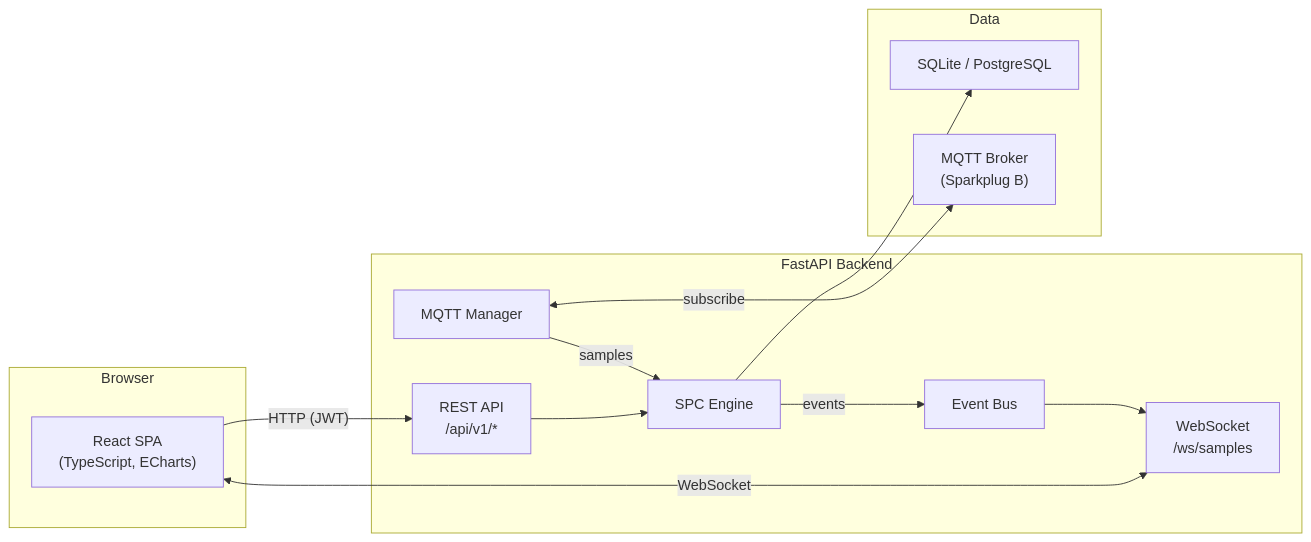
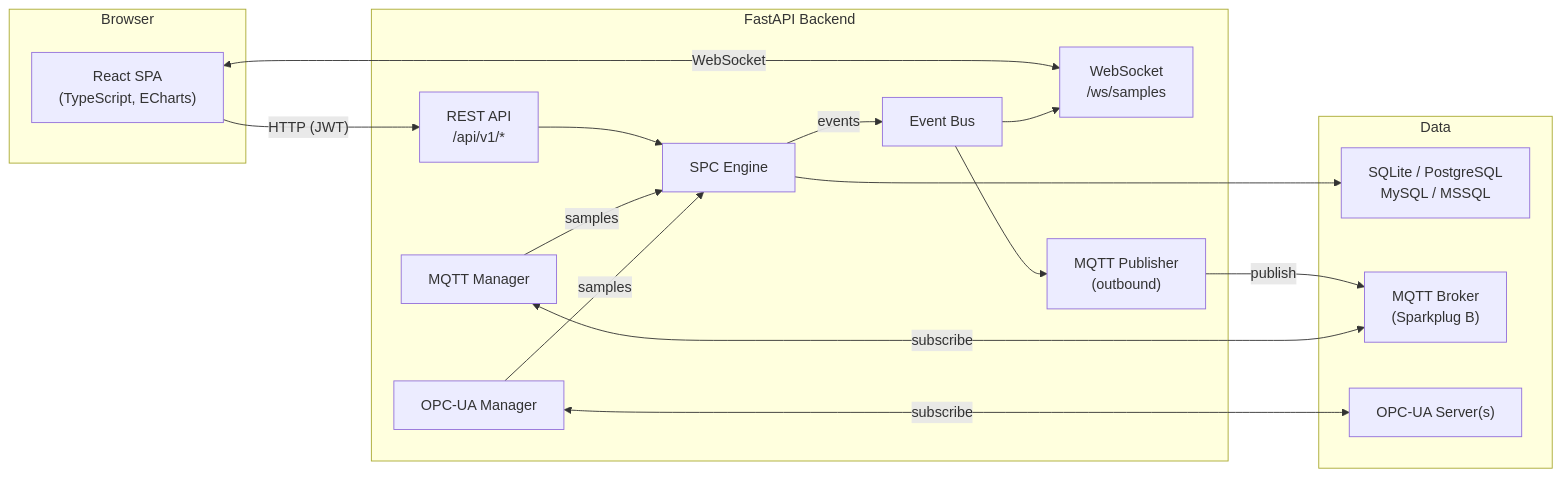
One commit to djbrandl/OpenSPC changed the first of 14 diagrams in docs/architecture.md. Above: the diagram before and after it, drawn with Mermaid. The commit also changed other lines of this file and 25 other files, not shown here.

````diff
--- a/docs/architecture.md
+++ b/docs/architecture.md
@@ -24,28 +27,35 @@
 ```mermaid
 graph LR
     subgraph Browser
         SPA["React SPA<br/>(TypeScript, ECharts)"]
     end
 
     subgraph Backend["FastAPI Backend"]
         API["REST API<br/>/api/v1/*"]
         WS["WebSocket<br/>/ws/samples"]
         Engine["SPC Engine"]
         EventBus["Event Bus"]
         MQTT["MQTT Manager"]
+        OPCUA["OPC-UA Manager"]
+        PUB["MQTT Publisher<br/>(outbound)"]
     end
 
     subgraph Data
-        DB["SQLite / PostgreSQL"]
+        DB["SQLite / PostgreSQL<br/>MySQL / MSSQL"]
         Broker["MQTT Broker<br/>(Sparkplug B)"]
+        OPCSrv["OPC-UA Server(s)"]
     end
 
     SPA -- "HTTP (JWT)" --> API
     SPA <-- "WebSocket" --> WS
     API --> Engine
     Engine --> DB
     Engine -- "events" --> EventBus
     EventBus --> WS
+    EventBus --> PUB
+    PUB -- "publish" --> Broker
     MQTT <-- "subscribe" --> Broker
     MQTT -- "samples" --> Engine
+    OPCUA <-- "subscribe" --> OPCSrv
+    OPCUA -- "samples" --> Engine
 ```
````
